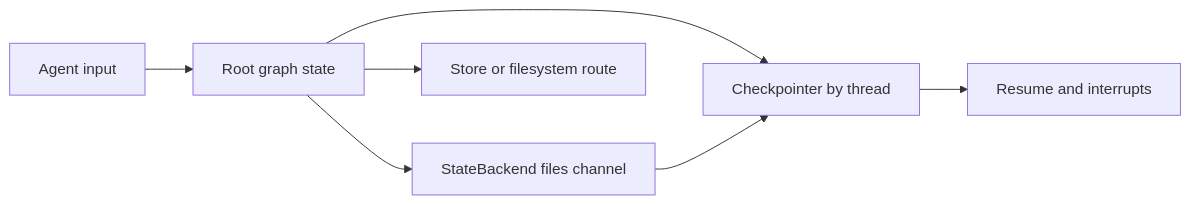
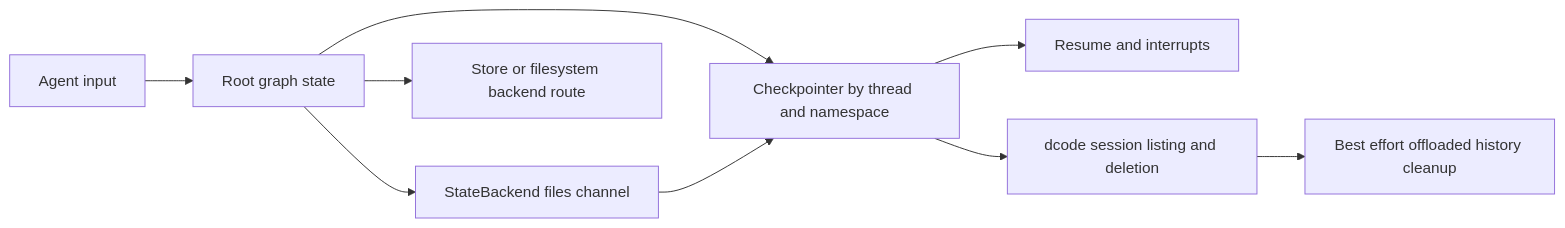
The first of 5 diagrams in openwiki/concepts/state-persistence.md (langchain-ai/deepagents), drawn with Mermaid before and after one commit. The commit also changed other lines of this file and 28 other files, not shown here.

````diff
--- a/openwiki/concepts/state-persistence.md
+++ b/openwiki/concepts/state-persistence.md
@@ -65,9 +70,11 @@
 ```mermaid
 flowchart LR
     Input["Agent input"] --> Root["Root graph state"]
-    Root --> CP["Checkpointer by thread"]
-    CP --> Resume["Resume and interrupts"]
+    Root --> Checkpoint["Checkpointer by thread and namespace"]
+    Checkpoint --> Resume["Resume and interrupts"]
     Root --> Files["StateBackend files channel"]
-    Files --> CP
-    Root --> Route["Store or filesystem route"]
+    Files --> Checkpoint
+    Root --> Route["Store or filesystem backend route"]
+    Checkpoint --> Sessions["dcode session listing and deletion"]
+    Sessions --> Archive["Best effort offloaded history cleanup"]
 ```
````
